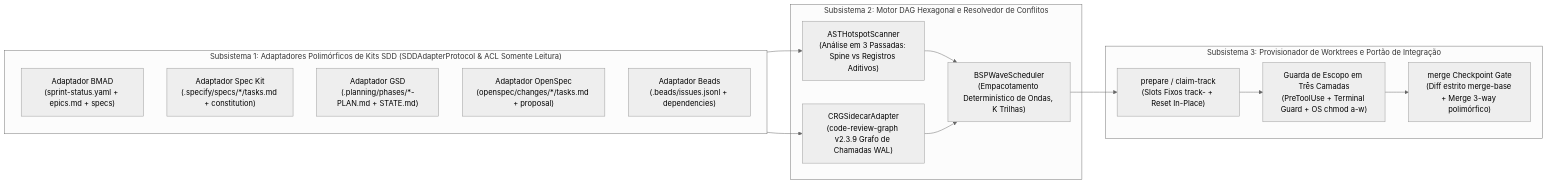
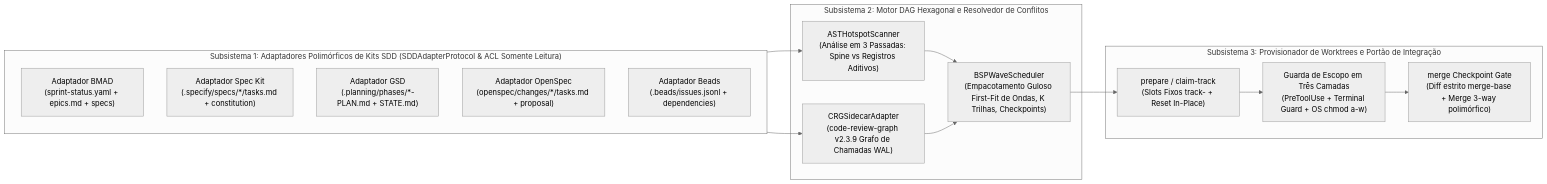
The diagram in docs/i18n/pt-BR/ARCHITECTURE.md (stopActingSoSmall/sdd-parallel), drawn with Mermaid (neutral theme) before and after one commit. The commit also changed other lines of this file and 31 other files, not shown here.

````diff
--- a/docs/i18n/pt-BR/ARCHITECTURE.md
+++ b/docs/i18n/pt-BR/ARCHITECTURE.md
@@ -23,27 +23,27 @@
 ```mermaid
 flowchart LR
     subgraph Adapters["Subsistema 1: Adaptadores Polimórficos de Kits SDD (SDDAdapterProtocol & ACL Somente Leitura)"]
         A1["Adaptador BMAD\n(sprint-status.yaml + epics.md + specs)"]
         A2["Adaptador Spec Kit\n(.specify/specs/*/tasks.md + constitution)"]
         A3["Adaptador GSD\n(.planning/phases/*-PLAN.md + STATE.md)"]
         A4["Adaptador OpenSpec\n(openspec/changes/*/tasks.md + proposal)"]
         A5["Adaptador Beads\n(.beads/issues.jsonl + dependencies)"]
     end
 
     subgraph Engine["Subsistema 2: Motor DAG Hexagonal e Resolvedor de Conflitos"]
         E1["ASTHotspotScanner\n(Análise em 3 Passadas: Spine vs Registros Aditivos)"]
         E2["CRGSidecarAdapter\n(code-review-graph v2.3.9 Grafo de Chamadas WAL)"]
-        E3["BSPWaveScheduler\n(Empacotamento Determinístico de Ondas, K Trilhas)"]
+        E3["BSPWaveScheduler\n(Empacotamento Guloso First-Fit de Ondas, K Trilhas, Checkpoints)"]
     end
 
     subgraph Actuation["Subsistema 3: Provisionador de Worktrees e Portão de Integração"]
         W1["prepare / claim-track\n(Slots Fixos track-<id> + Reset In-Place)"]
         W2["Guarda de Escopo em Três Camadas\n(PreToolUse + Terminal Guard + OS chmod a-w)"]
         W3["merge Checkpoint Gate\n(Diff estrito merge-base + Merge 3-way polimórfico)"]
     end
 
     Adapters --> E1 & E2
     E1 & E2 --> E3
     E3 --> W1
     W1 --> W2 --> W3
 ```
````
